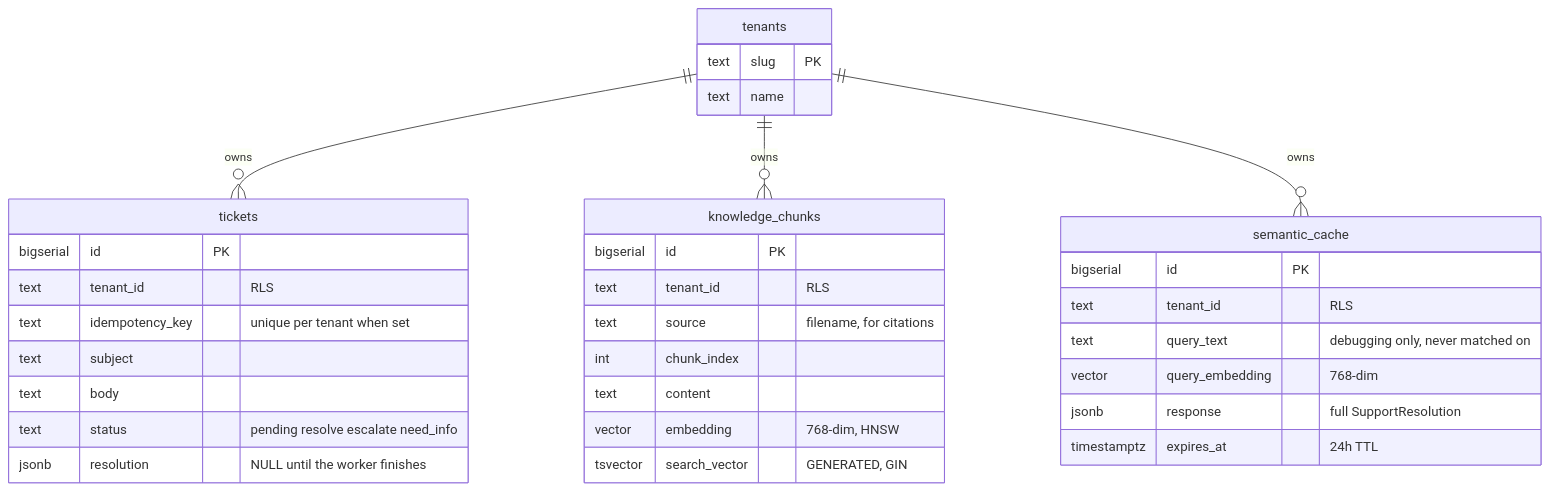
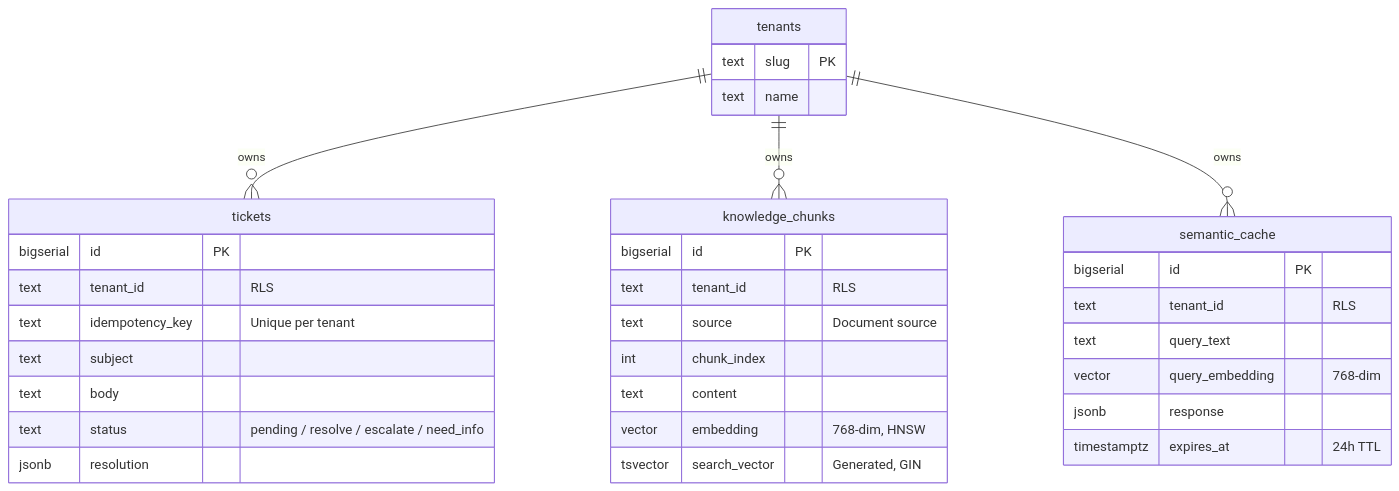
One commit to Shardul9999/AI-Support-Copilot changed the fourth of 4 diagrams in README.md. Above: the diagram before and after it, drawn with Mermaid. The commit also changed other lines of this file, not shown here.

Commit message:
docs: streamline README, condense architecture sections, and remove emojis

````diff
--- a/README.md
+++ b/README.md
@@ -249,37 +187,37 @@
 ```mermaid
 erDiagram
     tenants ||--o{ tickets : owns
     tenants ||--o{ knowledge_chunks : owns
     tenants ||--o{ semantic_cache : owns
 
     tenants {
         text slug PK
         text name
     }
     tickets {
         bigserial id PK
         text tenant_id "RLS"
-        text idempotency_key "unique per tenant when set"
+        text idempotency_key "Unique per tenant"
         text subject
         text body
-        text status "pending resolve escalate need_info"
-        jsonb resolution "NULL until the worker finishes"
+        text status "pending / resolve / escalate / need_info"
+        jsonb resolution
     }
     knowledge_chunks {
         bigserial id PK
         text tenant_id "RLS"
-        text source "filename, for citations"
+        text source "Document source"
         int chunk_index
         text content
         vector embedding "768-dim, HNSW"
-        tsvector search_vector "GENERATED, GIN"
+        tsvector search_vector "Generated, GIN"
     }
     semantic_cache {
         bigserial id PK
         text tenant_id "RLS"
-        text query_text "debugging only, never matched on"
+        text query_text
         vector query_embedding "768-dim"
-        jsonb response "full SupportResolution"
+        jsonb response
         timestamptz expires_at "24h TTL"
     }
 ```
````
